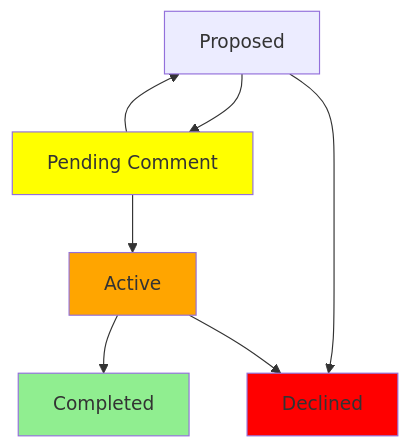
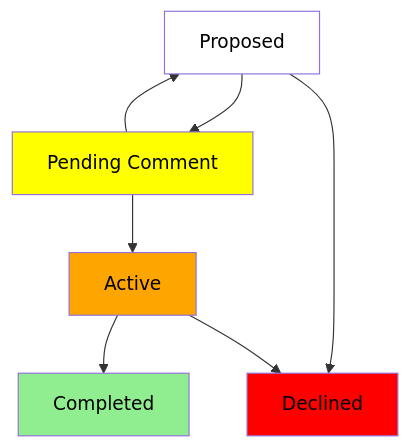
The diagram in blog/rfcs.md (electron/website), drawn with Mermaid before and after one commit.

````diff
--- a/blog/rfcs.md
+++ b/blog/rfcs.md
@@ -34,13 +34,19 @@
 ```mermaid
 flowchart TD
   P[Proposed] --> PC[Pending Comment];
   PC --> A[Active];
   A --> C[Completed];
   PC --> P;
   P --> D[Declined];
   A --> D;
+  style P color:black;
+  style P fill:white;
+  style D color:black;
   style D fill:red;
+  style A color:black;
   style A fill:orange;
+  style C color:black;
   style C fill:lightgreen;
+  style PC color:black;
   style PC fill:yellow;
 ```
````
